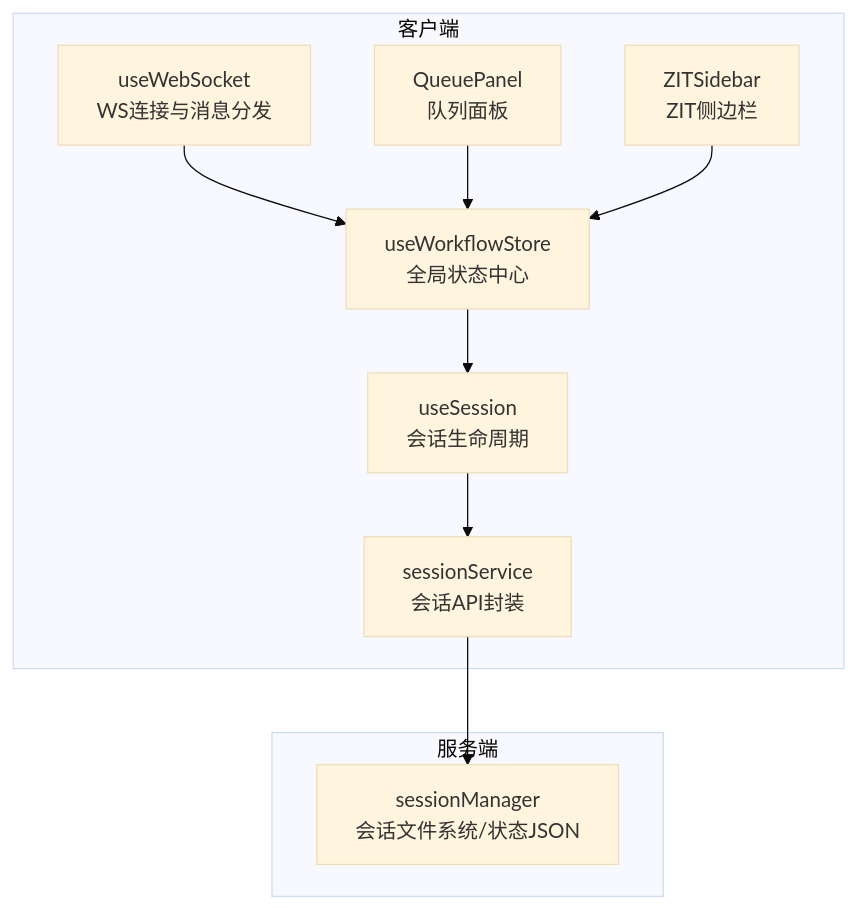
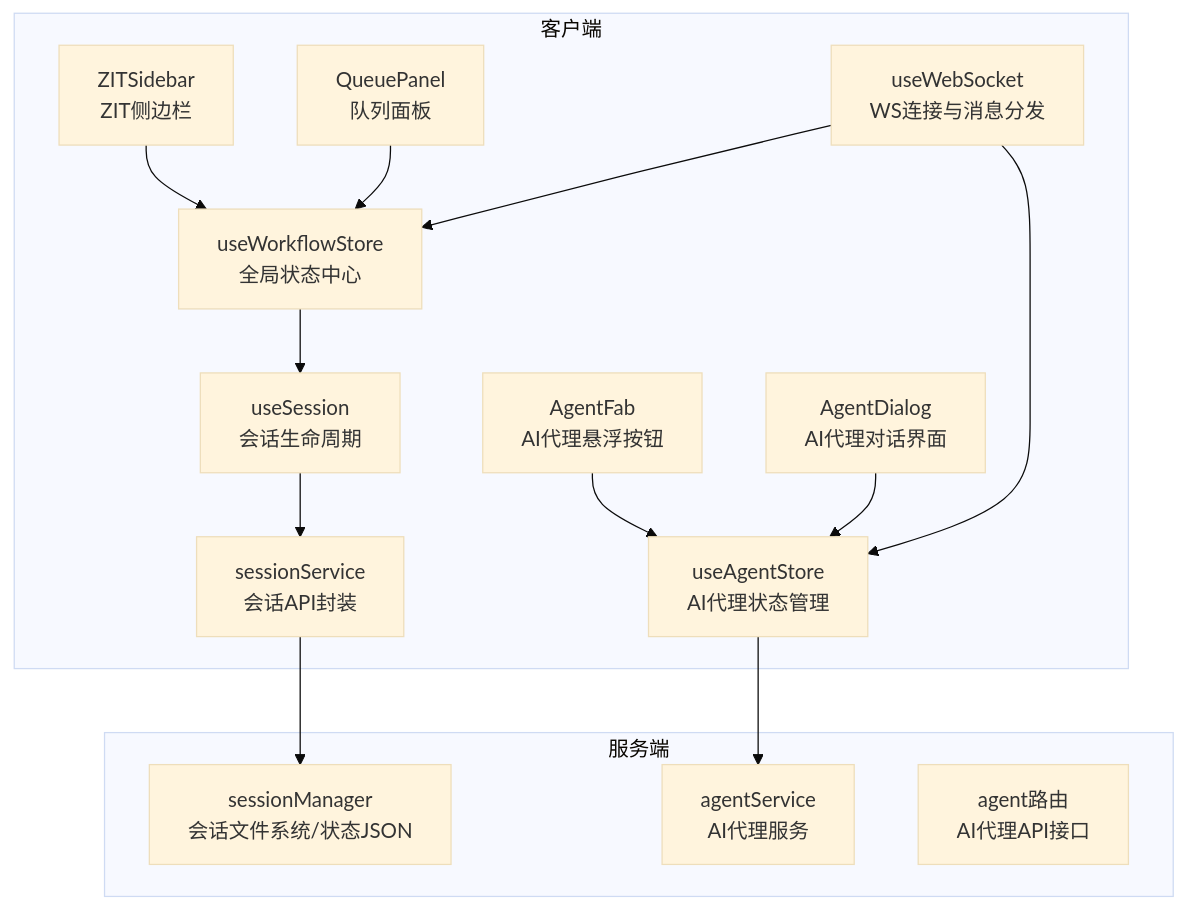
One commit to billye220670/CorineKit_Pix2Real changed the first of 8 diagrams in .qoder/repowiki/zh/content/前端应用/状态管理系统/工作流状态管理/工作流状态管理.md. Above: the diagram before and after it, drawn with Mermaid (base theme). The commit also changed other lines of this file and 20 other files, not shown here.

````diff
--- a/.qoder/repowiki/zh/content/前端应用/状态管理系统/工作流状态管理/工作流状态管理.md
+++ b/.qoder/repowiki/zh/content/前端应用/状态管理系统/工作流状态管理/工作流状态管理.md
@@ -55,20 +65,29 @@
 ```mermaid
 graph TB
 subgraph "客户端"
 A["useWorkflowStore<br/>全局状态中心"]
 B["useSession<br/>会话生命周期"]
 C["useWebSocket<br/>WS连接与消息分发"]
 D["sessionService<br/>会话API封装"]
-E["QueuePanel<br/>队列面板"]
-F["ZITSidebar<br/>ZIT侧边栏"]
+E["useAgentStore<br/>AI代理状态管理"]
+F["AgentDialog<br/>AI代理对话界面"]
+G["AgentFab<br/>AI代理悬浮按钮"]
+H["QueuePanel<br/>队列面板"]
+I["ZITSidebar<br/>ZIT侧边栏"]
 end
 subgraph "服务端"
-G["sessionManager<br/>会话文件系统/状态JSON"]
+J["sessionManager<br/>会话文件系统/状态JSON"]
+K["agentService<br/>AI代理服务"]
+L["agent路由<br/>AI代理API接口"]
 end
 A --> B
 B --> D
-D --> G
+D --> J
 C --> A
-E --> A
-F --> A
+C --> E
+E --> K
+F --> E
+G --> E
+H --> A
+I --> A
 ```
````
